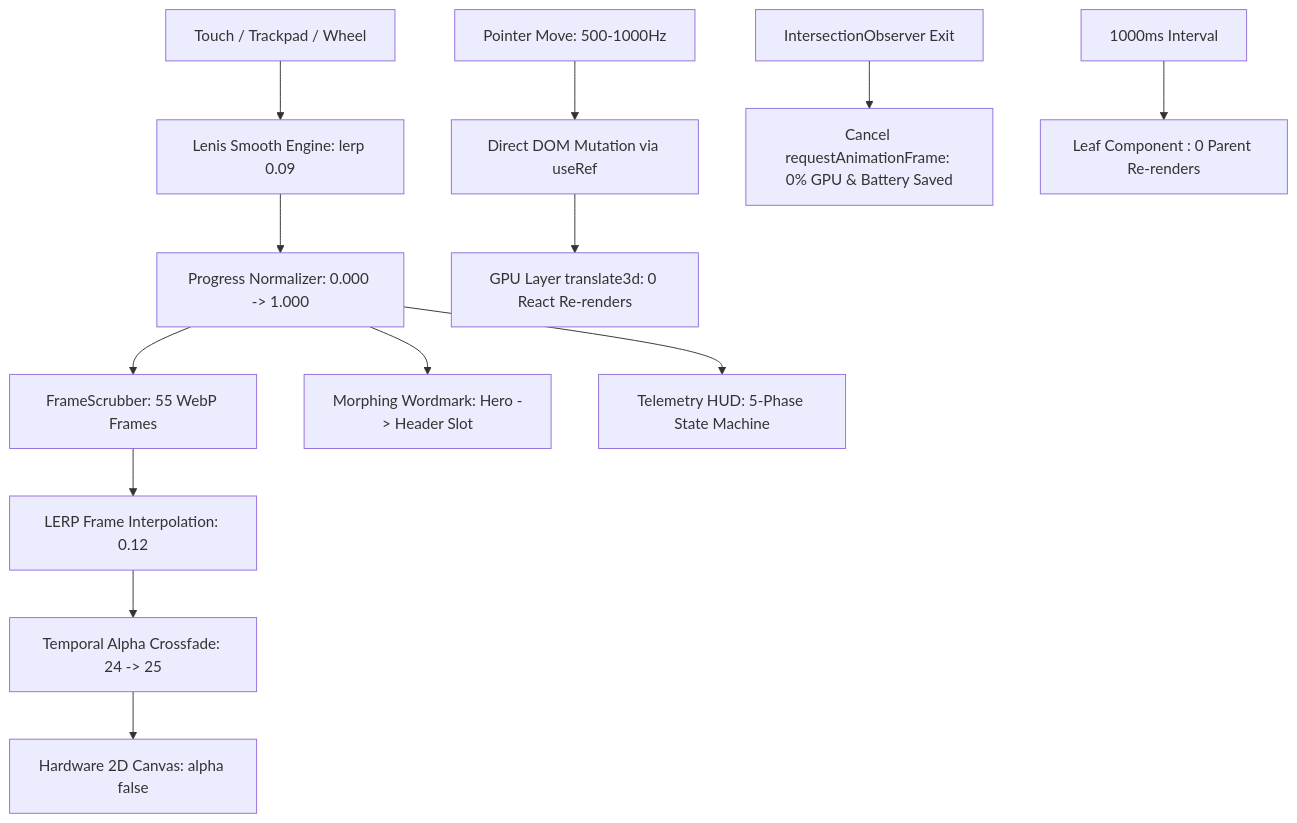
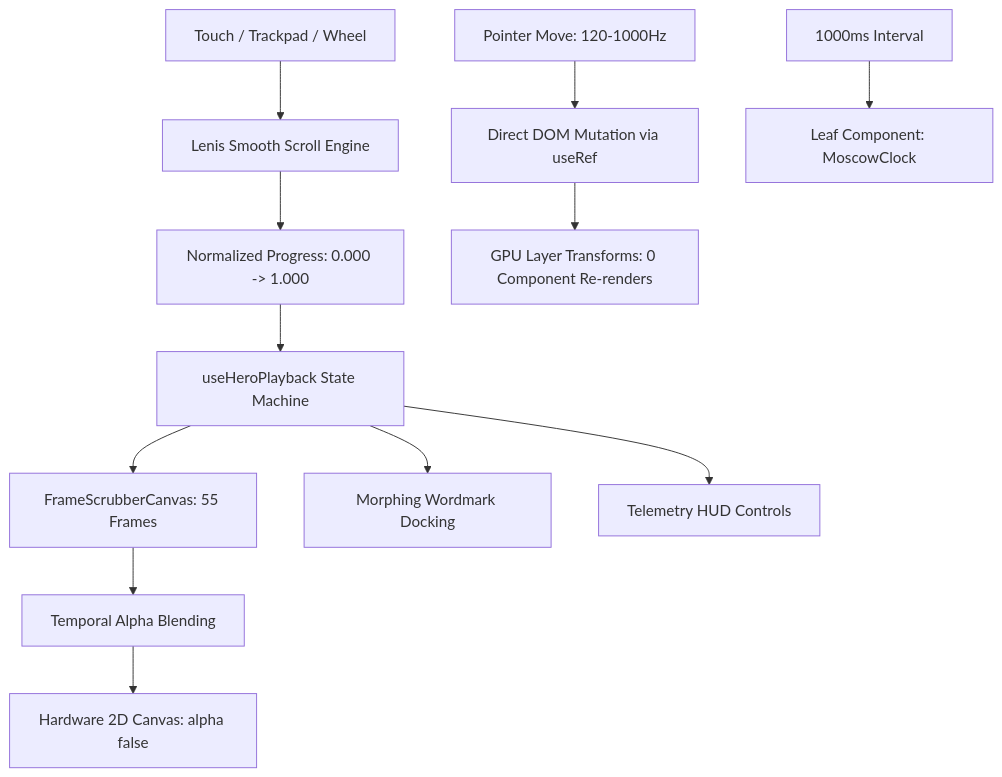
The diagram in README.md (heayr/my_portfolio_web), drawn with Mermaid before and after one commit. The commit also changed other lines of this file and 15 other files, not shown here.

Commit message:
fix(layout): scale Hero HUD telemetry for laptops and adjust project/footer paddings

````diff
--- a/README.md
+++ b/README.md
@@ -101,20 +60,18 @@
 ```mermaid
 graph TD
-  UserScroll[Touch / Trackpad / Wheel] --> Lenis[Lenis Smooth Engine: lerp 0.09]
-  Lenis --> NormalizedProgress[Progress Normalizer: 0.000 -> 1.000]
+  UserScroll[Touch / Trackpad / Wheel] --> Lenis[Lenis Smooth Scroll Engine]
+  Lenis --> ProgressNormalizer[Normalized Progress: 0.000 -> 1.000]
   
-  NormalizedProgress --> CanvasScrubber[FrameScrubber: 55 WebP Frames]
-  CanvasScrubber --> LERPEngine[LERP Frame Interpolation: 0.12]
-  LERPEngine --> TemporalCrossfade[Temporal Alpha Crossfade: 24 -> 25]
-  TemporalCrossfade --> GPU2D[Hardware 2D Canvas: alpha false]
+  ProgressNormalizer --> HeroHook[useHeroPlayback State Machine]
+  HeroHook --> CanvasScrubber[FrameScrubberCanvas: 55 Frames]
+  CanvasScrubber --> TemporalCrossfade[Temporal Alpha Blending]
+  TemporalCrossfade --> GPUCanvas[Hardware 2D Canvas: alpha false]
 
-  NormalizedProgress --> MorphingWordmark[Morphing Wordmark: Hero -> Header Slot]
-  NormalizedProgress --> TelemetryHUD[Telemetry HUD: 5-Phase State Machine]
-  
-  DOMPointer[Pointer Move: 500-1000Hz] --> DirectDOM[Direct DOM Mutation via useRef]
-  DirectDOM --> GPUCompositing[GPU Layer translate3d: 0 React Re-renders]
+  HeroHook --> MorphWordmark[Morphing Wordmark Docking]
+  HeroHook --> TelemetryHUD[Telemetry HUD Controls]
 
-  ViewportExit[IntersectionObserver Exit] --> StopRAF[Cancel requestAnimationFrame: 0% GPU & Battery Saved]
-  
-  ClockTick[1000ms Interval] --> LeafClock[Leaf Component <MoscowClock />: 0 Parent Re-renders]
+  PointerEvent[Pointer Move: 120-1000Hz] --> DirectDOM[Direct DOM Mutation via useRef]
+  DirectDOM --> GPUCompositing[GPU Layer Transforms: 0 Component Re-renders]
+
+  OneSecTimer[1000ms Interval] --> LeafClock[Leaf Component: MoscowClock]
 ```
````
